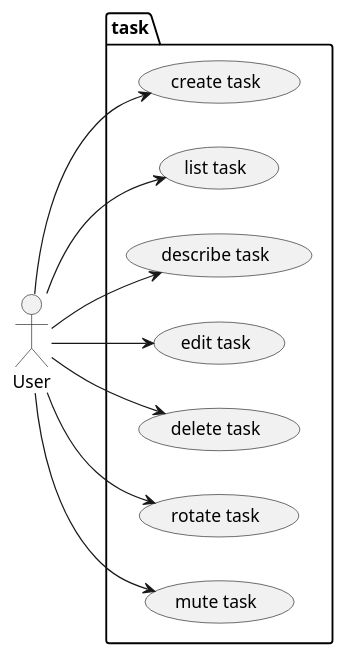
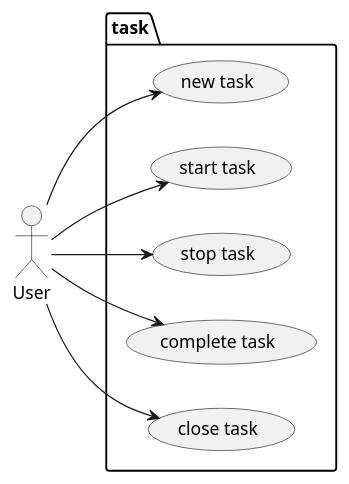
One commit to gateroot/taskforce changed the diagram in diagram/usecase/task.puml. Above: the diagram before and after it, drawn with PlantUML. The commit also changed 9 other files, not shown here.

```diff
--- a/diagram/usecase/task.puml
+++ b/diagram/usecase/task.puml
@@ -1,24 +1,20 @@
 @startuml
 
 left to right direction
 
 package task {
-    (create task)
-    (list task)
-    (describe task)
-    (edit task)
-    (delete task)
-    (rotate task)
-    (mute task)
+    (new task)
+    (start task)
+    (stop task)
+    (complete task)
+    (close task)
 }
 
 actor User as U
-U --> (create task)
-U --> (list task)
-U --> (describe task)
-U --> (edit task)
-U --> (delete task)
-U --> (rotate task)
-U --> (mute task)
+U --> (new task)
+U --> (start task)
+U --> (stop task)
+U --> (complete task)
+U --> (close task)
 
 @enduml
```
